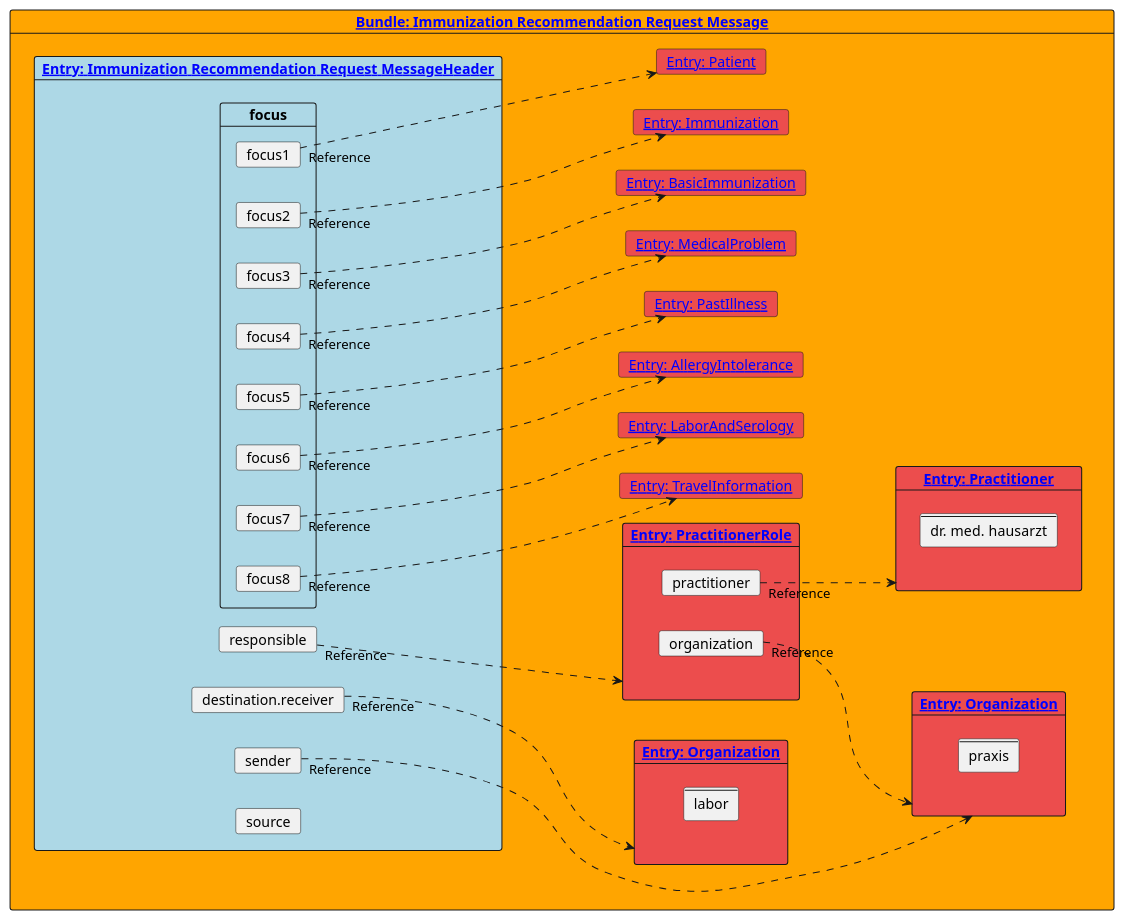
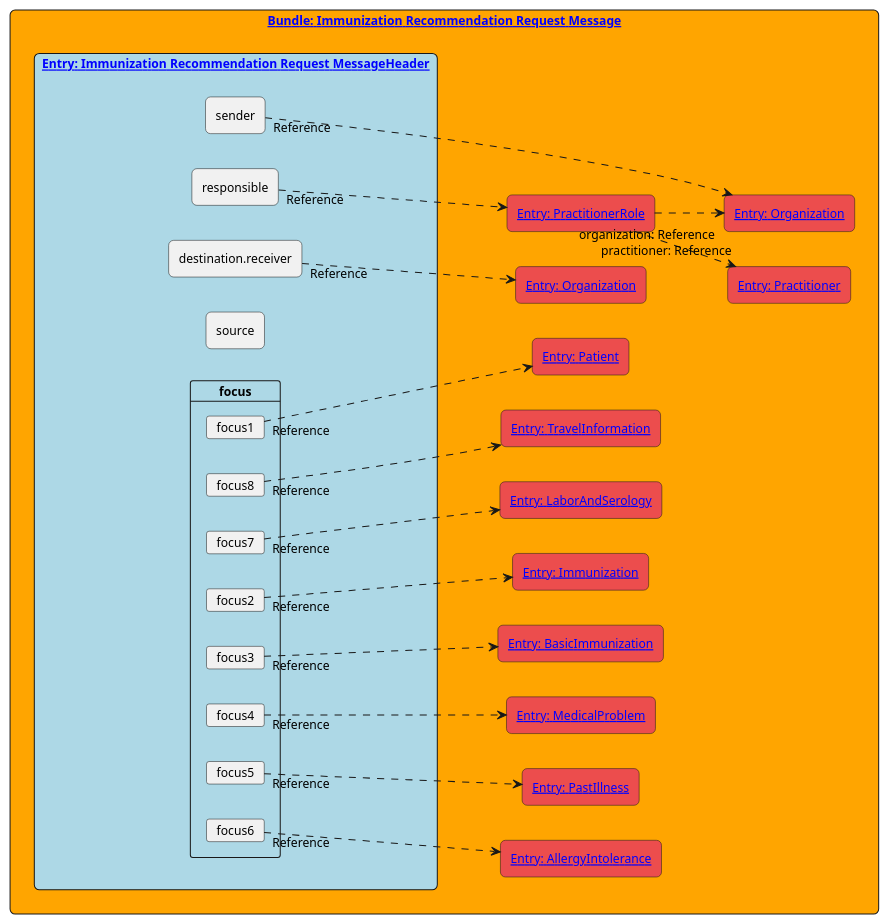
Before and after one commit to hl7ch/ch-vacd: the diagram in input/images-source/immunization-recommendation-request-message-elements.plantuml, drawn with PlantUML. The commit also changed 3 other files, not shown here.

Commit message:
diagramms with some improvements

```diff
--- a/input/images-source/immunization-recommendation-request-message-elements.plantuml
+++ b/input/images-source/immunization-recommendation-request-message-elements.plantuml
@@ -1,89 +1,100 @@
 @startuml
+skinparam shadowing false
+skinparam rectangle {
+    roundCorner 10
+}
+
+skinparam linetype straight
+skinparam defaultFontSize 12
+
 left to right direction
 
-card "[[StructureDefinition-ch-vacd-recommendation-request-message.html Bundle: Immunization Recommendation Request Message]]" as document #Orange {
-    
-    card "[[StructureDefinition-ch-vacd-recommendation-request-messageheader.html Entry: Immunization Recommendation Request MessageHeader]]" as composition #Lightblue  {
+rectangle "[[StructureDefinition-ch-vacd-recommendation-request-message.html Bundle: Immunization Recommendation Request Message]]" as document #Orange {
 
-        card focus {
-            card focus8
-            card focus7
-            card focus6
-            card focus5
-            card focus4
-            card focus3
-            card focus2
-            card focus1
+    rectangle "[[StructureDefinition-ch-vacd-recommendation-request-messageheader.html Entry: Immunization Recommendation Request MessageHeader]]" as composition #Lightblue  {
+        together {
+            rectangle responsible
+            rectangle destination.receiver
+            rectangle sender
+            rectangle source
         }
-        card sender
-        card destination.receiver
-        card responsible
-        card source
+        together {
+            card focus {
+                card focus1
+                card focus2
+                card focus3
+                card focus4
+                card focus5
+                card focus6
+                card focus7
+                card focus8
+            }
+        }
 
     }
 
-    
-    card "[[http://fhir.ch/ig/ch-core/StructureDefinition/ch-core-practitionerrole-epr Entry: PractitionerRole]]" as practitionerrole #ec4d4dff {
-        card practitioner as practitioner1
-        card organization as organization1
-    }
-    card "[[http://fhir.ch/ig/ch-core/StructureDefinition/ch-core-practitioner-epr Entry: Practitioner]]" as practitioner #ec4d4dff {
-        card name1 [
-            ----
-            dr. med. hausarzt
-        ]
-    }
-    card "[[http://fhir.ch/ig/ch-core/StructureDefinition/ch-core-organization-epr Entry: Organization]]" as organization #ec4d4dff {
-        card name2 [
-            ----
-            praxis
-        ]
-    }
-    card "[[http://fhir.ch/ig/ch-core/StructureDefinition/ch-core-organization-epr Entry: Organization]]" as labor1 #ec4d4dff {
-        card name3 [
-            ----
-            labor
-        ]
+    together {
+        rectangle "[[http://fhir.ch/ig/ch-core/StructureDefinition/ch-core-practitionerrole-epr Entry: PractitionerRole]]" as practitionerrole #ec4d4dff {
+            ''card practitioner as practitioner1
+            ''card organization as organization1
+        }
+        rectangle "[[http://fhir.ch/ig/ch-core/StructureDefinition/ch-core-practitioner-epr Entry: Practitioner]]" as practitioner #ec4d4dff {
+            ''card name1 [
+            ''----
+            ''dr. med. hausarzt
+            '']
+        }
+        rectangle "[[http://fhir.ch/ig/ch-core/StructureDefinition/ch-core-organization-epr Entry: Organization]]" as organization #ec4d4dff {
+            ''card name2 [
+            ''----
+            ''praxis
+            '']
+        }
+        rectangle "[[http://fhir.ch/ig/ch-core/StructureDefinition/ch-core-organization-epr Entry: Organization]]" as labor1 #ec4d4dff {
+            ''card name3 [
+            ''----
+            ''labor
+            '' ]
+        }
+
+        rectangle "[[http://fhir.ch/ig/ch-core/StructureDefinition/ch-core-patient-epr Entry: Patient]]" as patient #ec4d4dff {
+        }
+
+        rectangle "[[StructureDefinition-ch-vacd-travel-information.html Entry: TravelInformation]]" as travelinfo #ec4d4dff {
+        }
+
+        rectangle "[[StructureDefinition-ch-vacd-laboratory-serology.html Entry: LaborAndSerology]]" as laborandserology #ec4d4dff {
+        }
+
+
+        rectangle "[[StructureDefinition-ch-vacd-immunization.html Entry: Immunization]]" as immunization1 #ec4d4dff {
+        }
+        rectangle "[[StructureDefinition-ch-vacd-basic-immunization.html Entry: BasicImmunization]]" as basicimmunization #ec4d4dff {
+        }
+        rectangle "[[StructureDefinition-ch-vacd-medical-problems.html Entry: MedicalProblem]]" as medicalproblem #ec4d4dff {
+        }
+        rectangle "[[StructureDefinition-ch-vacd-pastillnesses.html Entry: PastIllness]]" as pastillness #ec4d4dff {
+        }
+        rectangle "[[StructureDefinition-ch-vacd-allergyintolerances.html Entry: AllergyIntolerance]]" as allergyintolerance #ec4d4dff {
+        }
     }
 
-    card "[[http://fhir.ch/ig/ch-core/StructureDefinition/ch-core-patient-epr Entry: Patient]]" as patient #ec4d4dff {
-    }
+}
+sender "Reference"..> organization
+responsible "Reference"..> practitionerrole
+practitionerrole ..>"practitioner: Reference" practitioner
+practitionerrole "organization: Reference"..> organization
 
-    card "[[StructureDefinition-ch-vacd-travel-information.html Entry: TravelInformation]]" as travelinfo #ec4d4dff {
-    }
+focus1 "Reference"..> patient
+focus2 "Reference"..> immunization1
+focus3 "Reference"..> basicimmunization
+focus4 "Reference"..> medicalproblem
+focus5 "Reference"..> pastillness
+focus6 "Reference"..> allergyintolerance
+focus7 "Reference"..> laborandserology
+focus8 "Reference"..> travelinfo
 
-    card "[[StructureDefinition-ch-vacd-laboratory-serology.html Entry: LaborAndSerology]]" as laborandserology #ec4d4dff {
-    }
+destination.receiver "Reference"..> labor1
 
 
-    card "[[StructureDefinition-ch-vacd-immunization.html Entry: Immunization]]" as immunization1 #ec4d4dff {
-    }
-    card "[[StructureDefinition-ch-vacd-basic-immunization.html Entry: BasicImmunization]]" as basicimmunization #ec4d4dff {
-    }
-    card "[[StructureDefinition-ch-vacd-medical-problems.html Entry: MedicalProblem]]" as medicalproblem #ec4d4dff {
-    }
-    card "[[StructureDefinition-ch-vacd-pastillnesses.html Entry: PastIllness]]" as pastillness #ec4d4dff {
-    }
-    card "[[StructureDefinition-ch-vacd-allergyintolerances.html Entry: AllergyIntolerance]]" as allergyintolerance #ec4d4dff {
-    }
-   
-    
-
-    sender "Reference"..> organization
-    responsible "Reference"..> practitionerrole
-    practitioner1 "Reference"..> practitioner
-    organization1 "Reference"..> organization
-
-    focus1 "Reference"..> patient
-    focus2 "Reference"..> immunization1
-    focus3 "Reference"..> basicimmunization
-    focus4 "Reference"..> medicalproblem
-    focus5 "Reference"..> pastillness
-    focus6 "Reference"..> allergyintolerance
-    focus7 "Reference"..> laborandserology
-    focus8 "Reference"..> travelinfo
-
-    destination.receiver "Reference"..> labor1
-}
-
 @enduml
```
